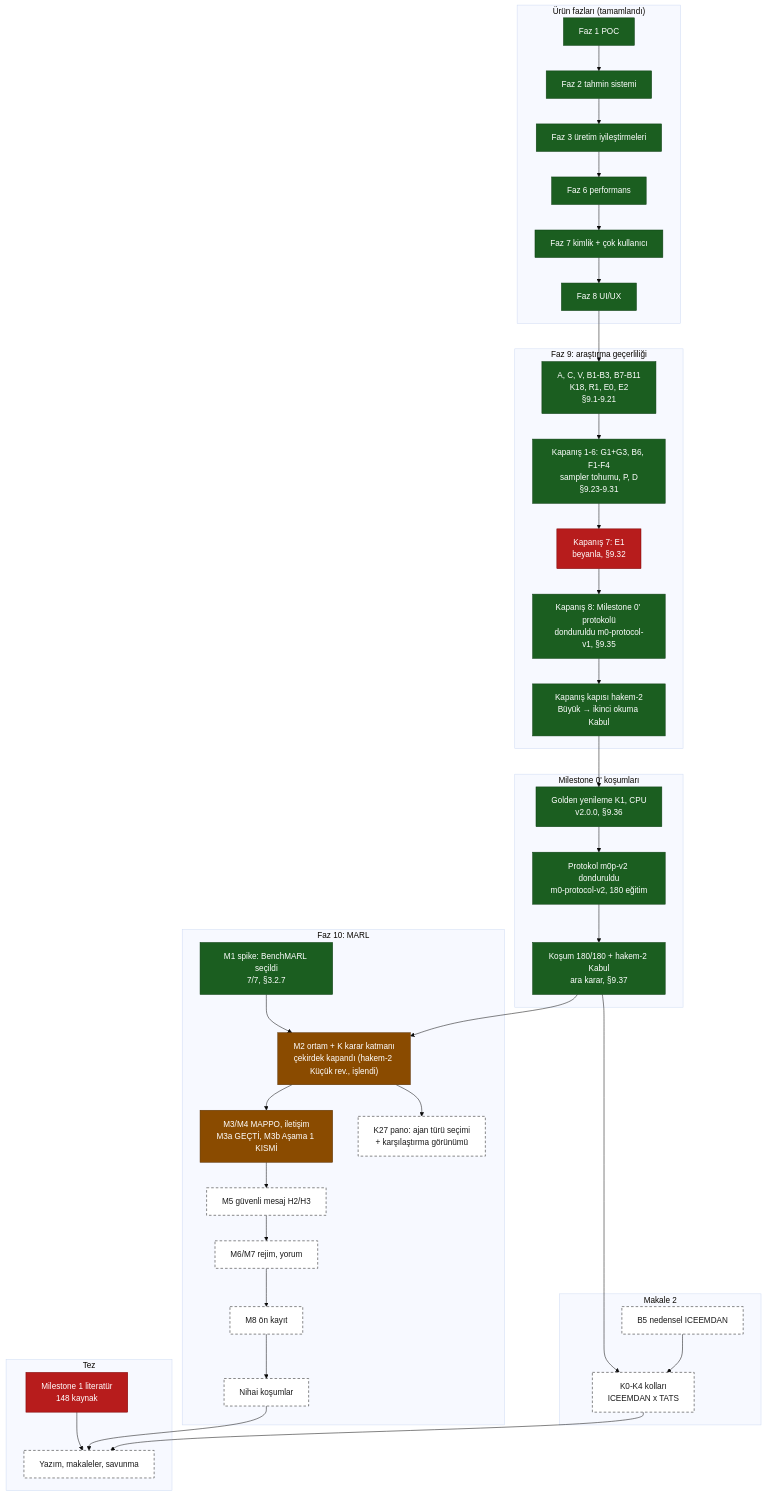
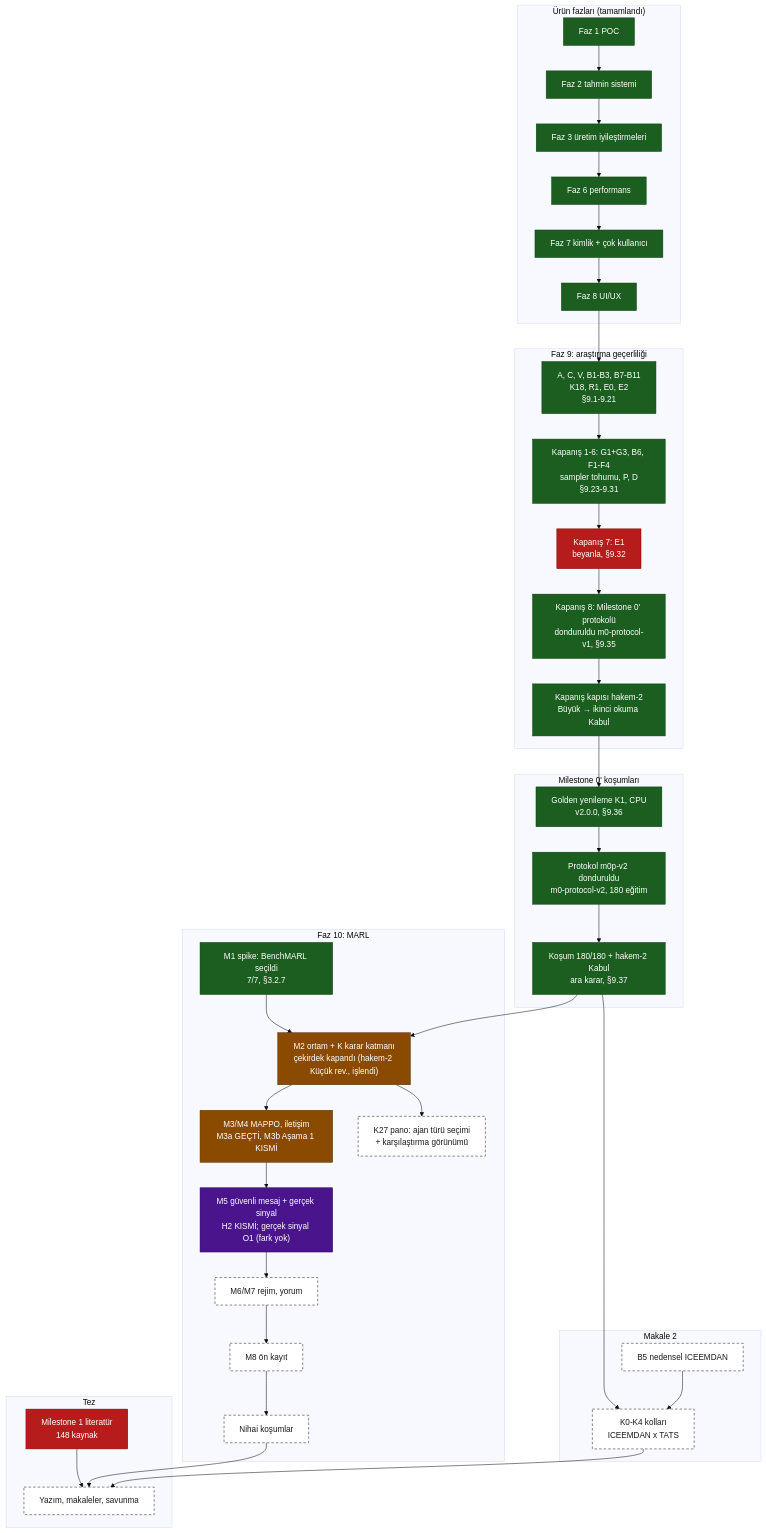
One commit to softdevcan/RL-Trading-Project changed the second of 2 diagrams in docs/development/system-map.md. Above: the diagram before and after it, drawn with Mermaid (base theme). The commit also changed other lines of this file and 5 other files, not shown here.

Commit message:
chore: surum 2.10.0 (Faz 10 M5 gercek sinyal: SO ve SB O1_fark_yok); Rehber M5 gercek sinyal karti, 2 sozluk terimi, sistem haritasi

````diff
--- a/docs/development/system-map.md
+++ b/docs/development/system-map.md
@@ -112,63 +112,63 @@
 ```mermaid
 flowchart TB
   classDef done fill:#1b5e20,stroke:#0b3d10,color:#ffffff
   classDef partial fill:#b71c1c,stroke:#7f0000,color:#ffffff
   classDef active fill:#8a4b00,stroke:#5a3000,color:#ffffff
   classDef decision fill:#4a148c,stroke:#2a0060,color:#ffffff
   classDef planned fill:#ffffff,stroke:#1a1a1a,stroke-dasharray:5 4,color:#1a1a1a
 
   subgraph URUN["Ürün fazları (tamamlandı)"]
     F1["Faz 1 POC"]:::done
     F2["Faz 2 tahmin sistemi"]:::done
     F3["Faz 3 üretim iyileştirmeleri"]:::done
     F6["Faz 6 performans"]:::done
     F7["Faz 7 kimlik + çok kullanıcı"]:::done
     F8["Faz 8 UI/UX"]:::done
   end
 
   subgraph F9["Faz 9: araştırma geçerliliği"]
     P9A["A, C, V, B1-B3, B7-B11<br/>K18, R1, E0, E2<br/>§9.1-9.21"]:::done
     P9B["Kapanış 1-6: G1+G3, B6, F1-F4<br/>sampler tohumu, P, D<br/>§9.23-9.31"]:::done
     P9E["Kapanış 7: E1<br/>beyanla, §9.32"]:::partial
     P9M["Kapanış 8: Milestone 0' protokolü<br/>donduruldu m0-protocol-v1, §9.35"]:::done
     H2["Kapanış kapısı hakem-2<br/>Büyük → ikinci okuma Kabul"]:::done
   end
 
   subgraph M0["Milestone 0' koşumları"]
     GOLD["Golden yenileme K1, CPU<br/>v2.0.0, §9.36"]:::done
     PRE["Protokol m0p-v2 donduruldu<br/>m0-protocol-v2, 180 eğitim"]:::done
     FIN["Koşum 180/180 + hakem-2 Kabul<br/>ara karar, §9.37"]:::done
   end
 
   subgraph M2P["Makale 2"]
     B5["B5 nedensel ICEEMDAN"]:::planned
     K0K4["K0-K4 kolları<br/>ICEEMDAN x TATS"]:::planned
   end
 
   subgraph F10["Faz 10: MARL"]
     M1["M1 spike: BenchMARL seçildi<br/>7/7, §3.2.7"]:::done
     M2["M2 ortam + K karar katmanı<br/>çekirdek kapandı (hakem-2 Küçük rev., işlendi)"]:::active
     M34["M3/M4 MAPPO, iletişim<br/>M3a GEÇTİ, M3b Aşama 1 KISMİ"]:::active
-    M5["M5 güvenli mesaj H2/H3"]:::planned
+    M5["M5 güvenli mesaj + gerçek sinyal<br/>H2 KISMİ; gerçek sinyal O1 (fark yok)"]:::decision
     M67["M6/M7 rejim, yorum"]:::planned
     M8["M8 ön kayıt"]:::planned
     FINAL["Nihai koşumlar"]:::planned
     K27["K27 pano: ajan türü seçimi<br/>+ karşılaştırma görünümü"]:::planned
   end
 
   subgraph TEZ["Tez"]
     T1["Milestone 1 literatür<br/>148 kaynak"]:::partial
     T4["Yazım, makaleler, savunma"]:::planned
   end
 
   F1 --> F2 --> F3 --> F6 --> F7 --> F8 --> P9A --> P9B --> P9E --> P9M --> H2
   H2 --> GOLD --> PRE --> FIN
   FIN --> K0K4
   B5 --> K0K4
   M1 --> M2
   FIN --> M2 --> M34 --> M5 --> M67 --> M8 --> FINAL
   M2 --> K27
   T1 --> T4
   FINAL --> T4
   K0K4 --> T4
 ```
````
